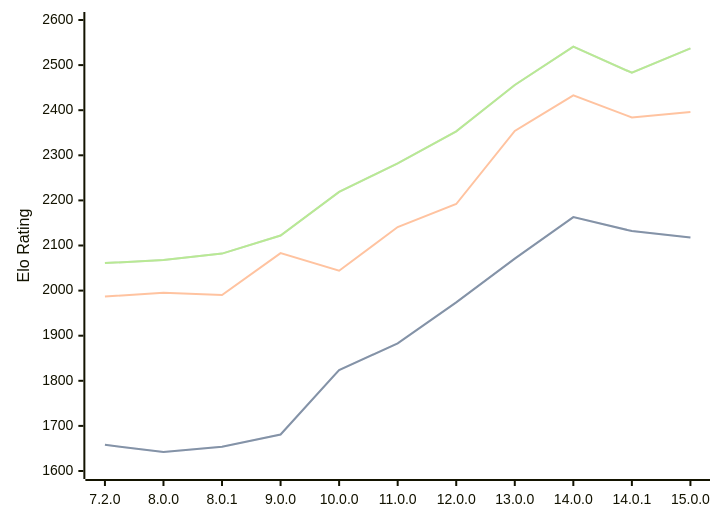
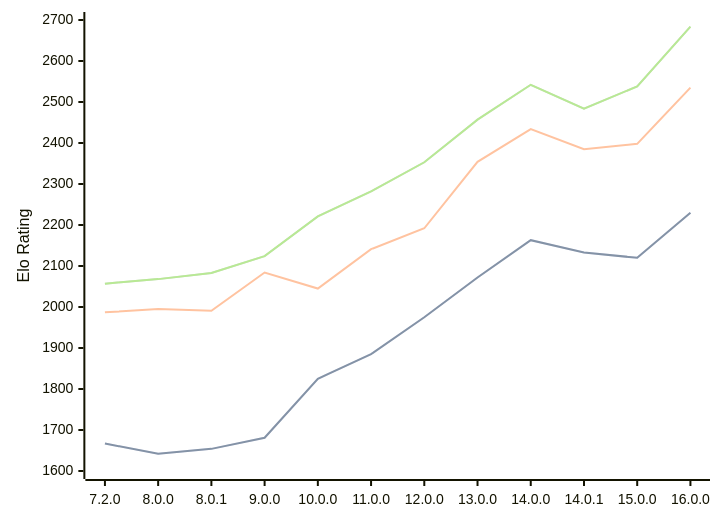
One commit to computer-chess-index/cci changed the diagram in engines/Cepimetheus.md. Above: the diagram before and after it, drawn with Mermaid. The commit also changed other lines of this file, not shown here.

Commit message:
Update CCI Ratings (ELO VLTC) - 2026-09-01

````diff
--- a/engines/Cepimetheus.md
+++ b/engines/Cepimetheus.md
@@ -66,11 +67,11 @@
 ```mermaid
 %%{init: {"theme":"base","themeVariables":{"seriesColors:['#a3a3a3','#222221','#faa371']}}}%%
 xychart-beta
-  x-axis ["7.2.0", "8.0.0", "8.0.1", "9.0.0", "10.0.0", "11.0.0", "12.0.0", "13.0.0", "14.0.0", "14.0.1", "15.0.0"]
-  y-axis "Elo Rating" 1600 --> 2600
-  line "" [1658, 1642, 1654, 1681, 1824, 1883, 1974, 2071, 2163, 2132, 2118]
-  line "STC (8.0+0.08s)" [1658, 1642, 1654, 1681, 1824, 1883, 1974, 2071, 2163, 2132, 2118]
-  line "LTC (60.0+0.60s)" [1987, 1995, 1990, 2083, 2044, 2141, 2192, 2354, 2433, 2384, 2396]
-  line "" [2061, 2068, 2082, 2122, 2219, 2282, 2353, 2456, 2541, 2483, 2537]
-  line "VLTC (2m24s+1.12s)" [2061, 2068, 2082, 2122, 2219, 2282, 2353, 2456, 2541, 2483, 2537]
+  x-axis ["7.2.0", "8.0.0", "8.0.1", "9.0.0", "10.0.0", "11.0.0", "12.0.0", "13.0.0", "14.0.0", "14.0.1", "15.0.0", "16.0.0"]
+  y-axis "Elo Rating" 1600 --> 2700
+  line "" [1667, 1642, 1654, 1681, 1825, 1885, 1975, 2072, 2163, 2133, 2120, 2230]
+  line "STC (8.0+0.08s)" [1667, 1642, 1654, 1681, 1825, 1885, 1975, 2072, 2163, 2133, 2120, 2230]
+  line "LTC (60.0+0.60s)" [1987, 1995, 1991, 2084, 2045, 2141, 2192, 2354, 2434, 2385, 2398, 2535]
+  line "" [2057, 2068, 2083, 2124, 2221, 2282, 2353, 2457, 2542, 2484, 2538, 2684]
+  line "VLTC (2m24s+1.12s)" [2057, 2068, 2083, 2124, 2221, 2282, 2353, 2457, 2542, 2484, 2538, 2684]
 ```
````
